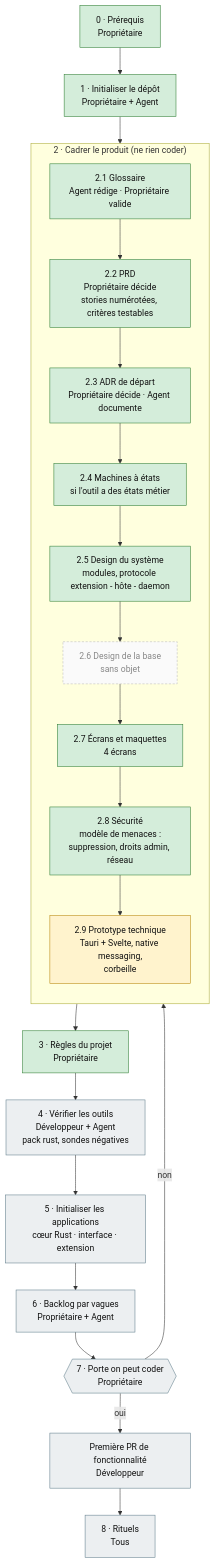
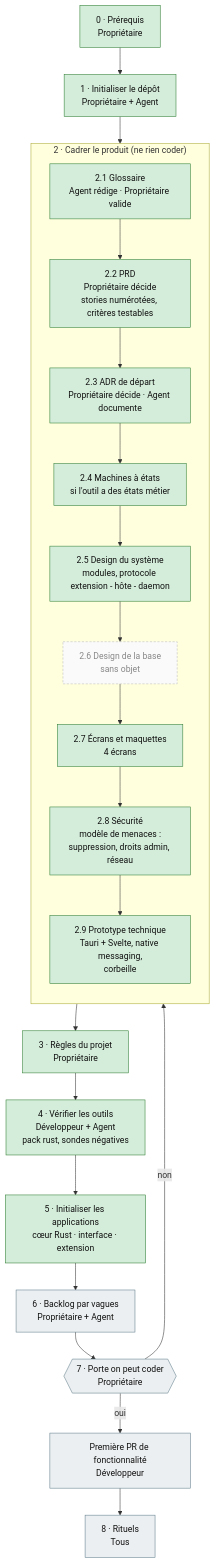
The diagram in docs/parcours.md (AresGn/Breathly), drawn with Mermaid before and after one commit. The commit also changed other lines of this file and 54 other files, not shown here.

````diff
--- a/docs/parcours.md
+++ b/docs/parcours.md
@@ -21,36 +21,34 @@
 ```mermaid
 flowchart TD
     A0["0 · Prérequis<br/>Propriétaire"] --> A1["1 · Initialiser le dépôt<br/>Propriétaire + Agent"]
     A1 --> B
 
     subgraph B["2 · Cadrer le produit (ne rien coder)"]
         direction TB
         B1["2.1 Glossaire<br/>Agent rédige · Propriétaire valide"] --> B2["2.2 PRD<br/>Propriétaire décide<br/>stories numérotées, critères testables"]
         B2 --> B3["2.3 ADR de départ<br/>Propriétaire décide · Agent documente"]
         B3 --> B4["2.4 Machines à états<br/>si l'outil a des états métier"]
         B4 --> B5["2.5 Design du système<br/>modules, protocole extension - hôte - daemon"]
         B5 --> B6["2.6 Design de la base<br/>sans objet"]
         B6 --> B7["2.7 Écrans et maquettes<br/>4 écrans"]
         B7 --> B8["2.8 Sécurité<br/>modèle de menaces :<br/>suppression, droits admin, réseau"]
         B8 --> B9["2.9 Prototype technique<br/>Tauri + Svelte, native messaging,<br/>corbeille"]
     end
 
     B --> C["3 · Règles du projet<br/>Propriétaire"]
     C --> D["4 · Vérifier les outils<br/>Développeur + Agent<br/>pack rust, sondes négatives"]
     D --> E["5 · Initialiser les applications<br/>cœur Rust · interface · extension"]
     E --> F["6 · Backlog par vagues<br/>Propriétaire + Agent"]
     F --> G{{"7 · Porte on peut coder<br/>Propriétaire"}}
     G -- non --> B
     G -- oui --> H["Première PR de fonctionnalité<br/>Développeur"]
     H --> I["8 · Rituels<br/>Tous"]
 
     classDef done fill:#d4edda,stroke:#2e7d32,color:#111
     classDef progress fill:#fff3cd,stroke:#b8860b,color:#111
     classDef todo fill:#eceff1,stroke:#607d8b,color:#111
     classDef na fill:#fafafa,stroke:#bbb,stroke-dasharray: 4 3,color:#888
-    class A0,A1,B1,B2,B3,B4,B5,B7,B8 done
-    class C done
-    class D,E,F,G,H,I todo
-    class B9 progress
+    class A0,A1,B1,B2,B3,B4,B5,B7,B8,B9,C,D,E done
+    class F,G,H,I todo
     class B6 na
 ```
````
